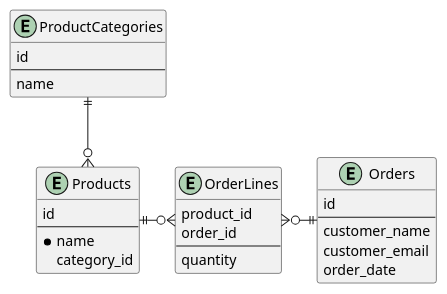
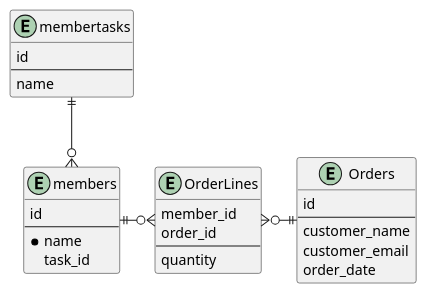
One commit to espenbakken/http-server123 changed the diagram in docs/database_structure.puml. Above: the diagram before and after it, drawn with PlantUML. The commit also changed 25 other files, not shown here.

Commit message:
Refactor: product/products -> member/members           category/categories -> task/tasks

```diff
--- a/docs/database_structure.puml
+++ b/docs/database_structure.puml
@@ -1,35 +1,35 @@
 @startuml
 
-entity Products {
+entity members {
     id
     --
     * name
-    category_id
+    task_id
 }
 
-entity ProductCategories {
+entity membertasks {
     id
     --
     name
 }
 
 entity Orders {
     id
     --
     customer_name
     customer_email
     order_date
 }
 
 entity OrderLines {
-    product_id
+    member_id
     order_id
     --
     quantity
 }
 
-ProductCategories ||--o{ Products
-Products ||-o{ OrderLines
+membertasks ||--o{ members
+members ||-o{ OrderLines
 OrderLines }o-|| Orders
 
 @enduml
```
